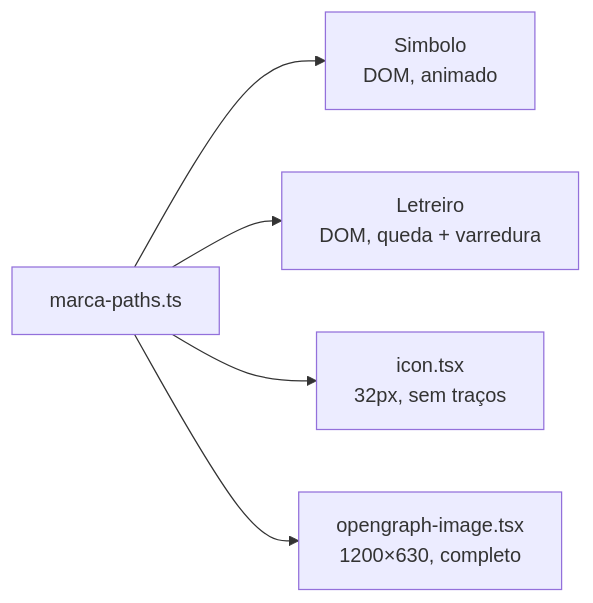
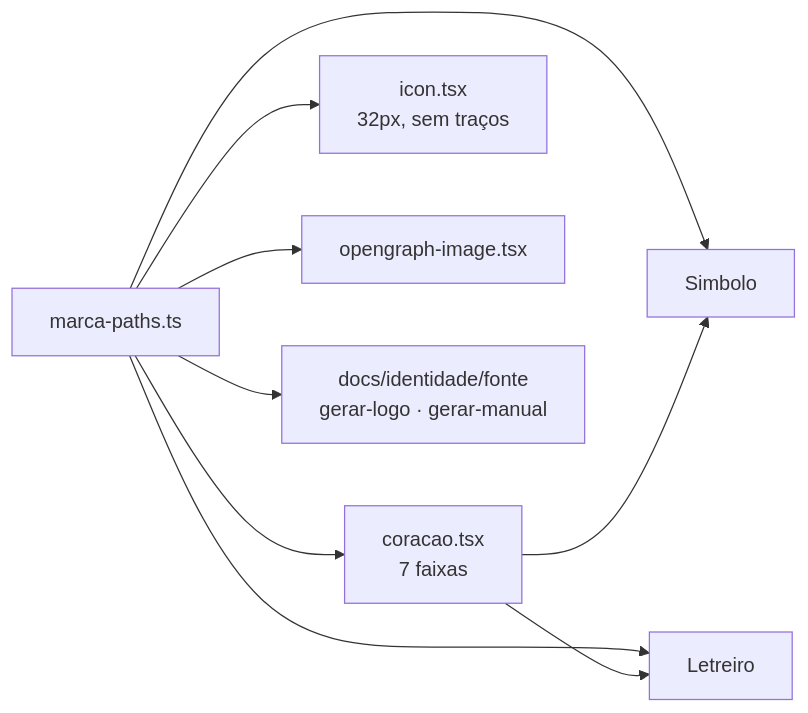
The second of 4 diagrams in docs/CODEBASE_MAP.md (SamuelcCouto/detera-premium), drawn with Mermaid before and after one commit. The commit also changed other lines of this file and 2 other files, not shown here.

````diff
--- a/docs/CODEBASE_MAP.md
+++ b/docs/CODEBASE_MAP.md
@@ -120,7 +160,10 @@
 ```mermaid
 graph LR
-    P[marca-paths.ts] --> S[Simbolo<br/>DOM, animado]
-    P --> L[Letreiro<br/>DOM, queda + varredura]
+    P[marca-paths.ts] --> C[coracao.tsx<br/>7 faixas]
+    P --> S[Simbolo]
+    P --> L[Letreiro]
+    C --> S & L
     P --> I[icon.tsx<br/>32px, sem traços]
-    P --> O[opengraph-image.tsx<br/>1200×630, completo]
+    P --> O[opengraph-image.tsx]
+    P --> G[docs/identidade/fonte<br/>gerar-logo · gerar-manual]
 ```
````
